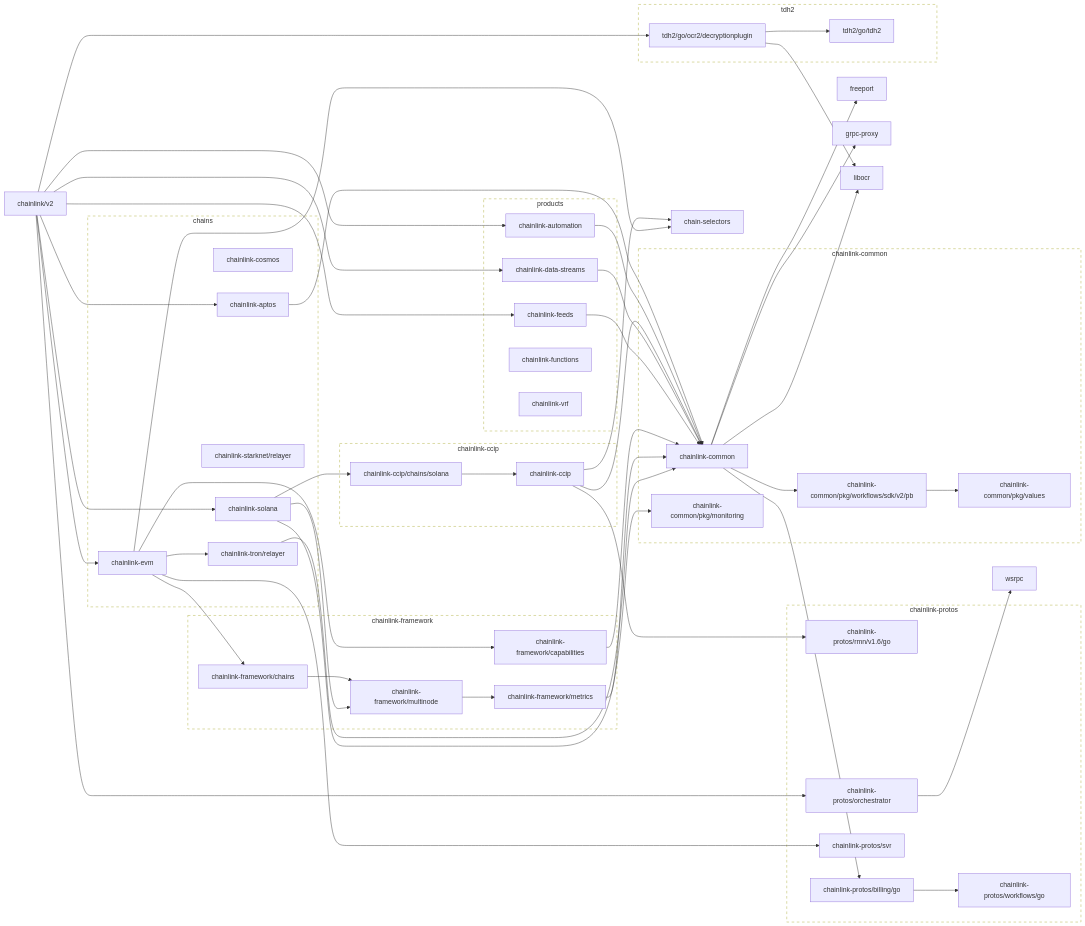
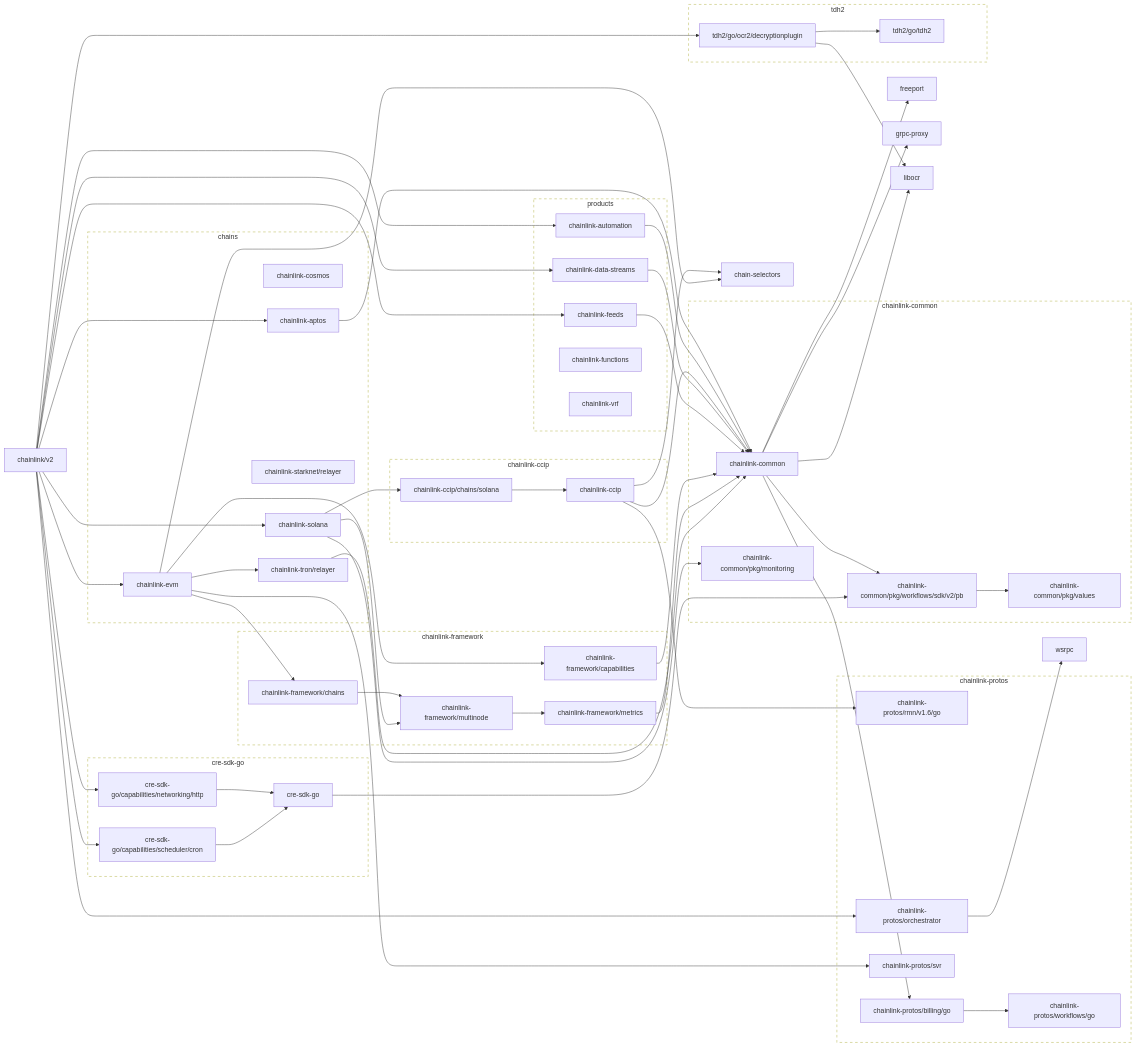
Before and after one commit to JohnDaWalka/chainlink: the first of 2 diagrams in go.md, drawn with Mermaid. The commit also changed other lines of this file and 19 other files, not shown here.

First line of the commit message:
Update to use the new SDK and the new protos generated in common (#18488)

````diff
--- a/go.md
+++ b/go.md
@@ -87,8 +87,16 @@
 	chainlink/v2 --> chainlink-feeds
 	chainlink/v2 --> chainlink-protos/orchestrator
 	chainlink/v2 --> chainlink-solana
+	chainlink/v2 --> cre-sdk-go/capabilities/networking/http
+	chainlink/v2 --> cre-sdk-go/capabilities/scheduler/cron
 	chainlink/v2 --> tdh2/go/ocr2/decryptionplugin
 	click chainlink/v2 href "https://github.com/smartcontractkit/chainlink"
+	cre-sdk-go --> chainlink-common/pkg/workflows/sdk/v2/pb
+	click cre-sdk-go href "https://github.com/smartcontractkit/cre-sdk-go"
+	cre-sdk-go/capabilities/networking/http --> cre-sdk-go
+	click cre-sdk-go/capabilities/networking/http href "https://github.com/smartcontractkit/cre-sdk-go"
+	cre-sdk-go/capabilities/scheduler/cron --> cre-sdk-go
+	click cre-sdk-go/capabilities/scheduler/cron href "https://github.com/smartcontractkit/cre-sdk-go"
 	freeport
 	click freeport href "https://github.com/smartcontractkit/freeport"
 	grpc-proxy
@@ -134,6 +142,13 @@
 	end
 	click chainlink-protos-repo href "https://github.com/smartcontractkit/chainlink-protos"
 
+	subgraph cre-sdk-go-repo[cre-sdk-go]
+		 cre-sdk-go
+		 cre-sdk-go/capabilities/networking/http
+		 cre-sdk-go/capabilities/scheduler/cron
+	end
+	click cre-sdk-go-repo href "https://github.com/smartcontractkit/cre-sdk-go"
+
 	subgraph tdh2-repo[tdh2]
 		 tdh2/go/ocr2/decryptionplugin
 		 tdh2/go/tdh2
@@ -141,5 +156,5 @@
 	click tdh2-repo href "https://github.com/smartcontractkit/tdh2"
 
 	classDef outline stroke-dasharray:6,fill:none;
-	class chainlink-ccip-repo,chainlink-common-repo,chainlink-framework-repo,chainlink-protos-repo,tdh2-repo outline
+	class chainlink-ccip-repo,chainlink-common-repo,chainlink-framework-repo,chainlink-protos-repo,cre-sdk-go-repo,tdh2-repo outline
 ```
````
